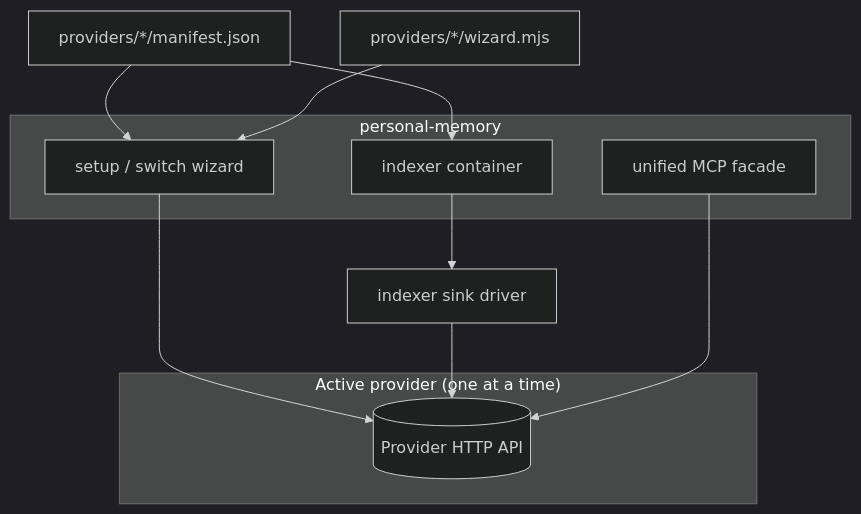
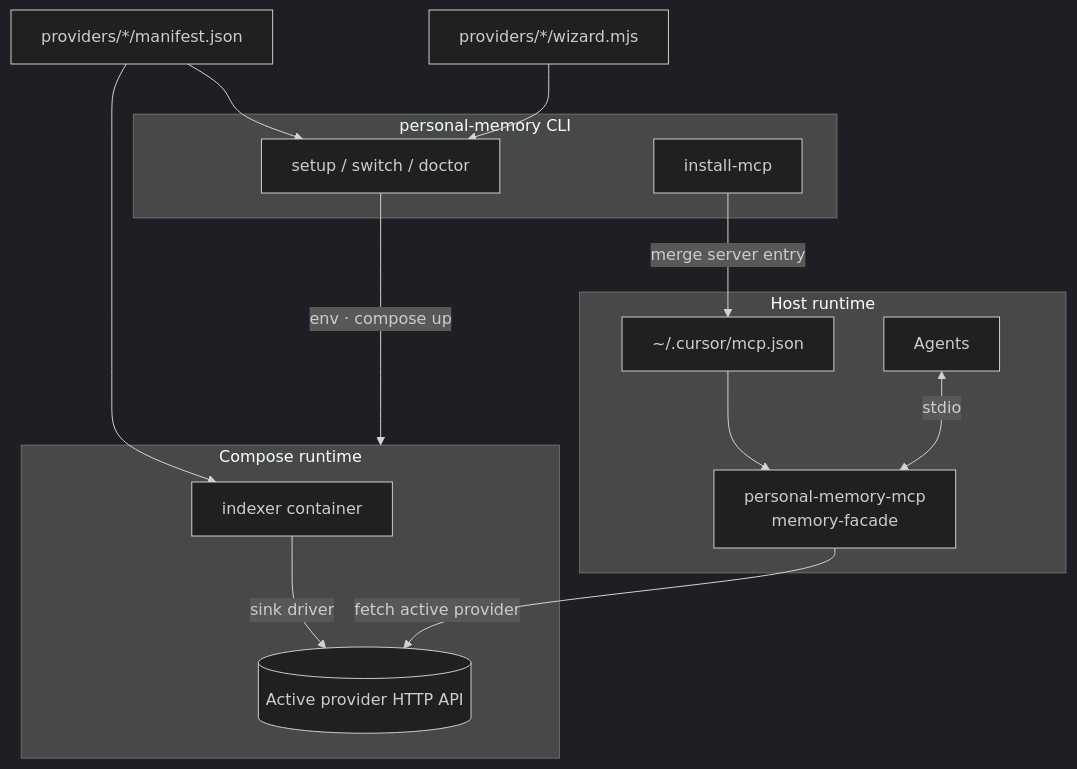
The second of 2 diagrams in docs/architecture.md (bcmyguest/openmem), drawn with Mermaid (dark theme) before and after one commit. The commit also changed other lines of this file and 2 other files, not shown here.

First line of the commit message:
docs: fix architecture diagrams for MCP and runtime paths

````diff
--- a/docs/architecture.md
+++ b/docs/architecture.md
@@ -43,23 +56,31 @@
 ```mermaid
 flowchart TB
-  subgraph meta["personal-memory"]
-    W[setup / switch wizard]
-    IDX[indexer container]
-    UMCP[unified MCP facade]
+  MAN["providers/*/manifest.json"]
+  HOOK["providers/*/wizard.mjs"]
+
+  subgraph cli["personal-memory CLI"]
+    W[setup / switch / doctor]
+    IM[install-mcp]
   end
 
-  subgraph prov["Active provider (one at a time)"]
-    API[(Provider HTTP API)]
+  subgraph compose["Compose runtime"]
+    IDX[indexer container]
+    API[(Active provider HTTP API)]
+    IDX -->|sink driver| API
   end
 
-  MAN["providers/*/manifest.json"]
-  HOOK["providers/*/wizard.mjs"]
-  SINK["indexer sink driver"]
+  subgraph host["Host runtime"]
+    MCPJ["~/.cursor/mcp.json"]
+    UMCP[personal-memory-mcp\nmemory-facade]
+    AG[Agents]
+  end
 
   MAN --> W
   MAN --> IDX
   HOOK --> W
-  W --> API
-  IDX --> SINK --> API
-  UMCP --> API
+  W -->|env · compose up| compose
+  IM -->|merge server entry| MCPJ
+  MCPJ --> UMCP
+  AG <-->|stdio| UMCP
+  UMCP -->|fetch active provider| API
 ```
````
